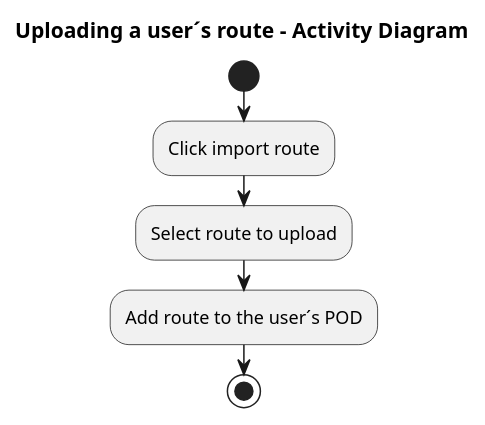
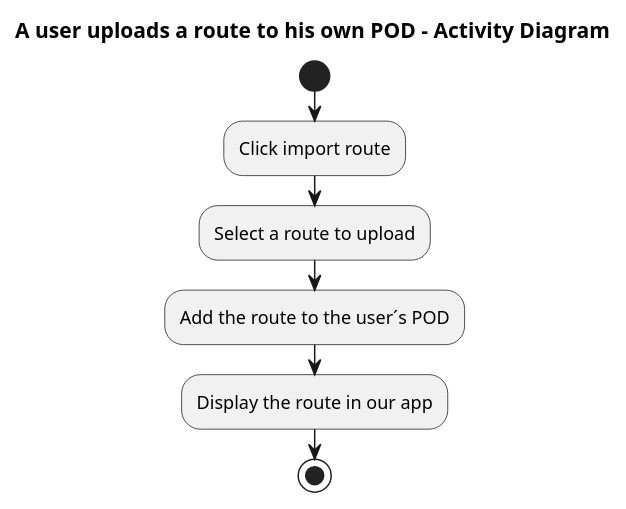
Before and after one commit to Arquisoft/viade_en1b: the diagram in src/docs/diagrams/06-01_uploadRoute.puml, drawn with PlantUML. The commit also changed 2 other files, not shown here.

Commit message:
Activity diagram - share a route

```diff
--- a/src/docs/diagrams/06-01_uploadRoute.puml
+++ b/src/docs/diagrams/06-01_uploadRoute.puml
@@ -1,12 +1,13 @@
-title Uploading a user´s route - Activity Diagram 
-
+title A user uploads a route to his own POD - Activity Diagram 
 
 start
 
 :Click import route;
 
-:Select route to upload;
+:Select a route to upload;
 
-:Add route to the user´s POD;
+:Add the route to the user´s POD;
+
+:Display the route in our app;
 
 stop
```
